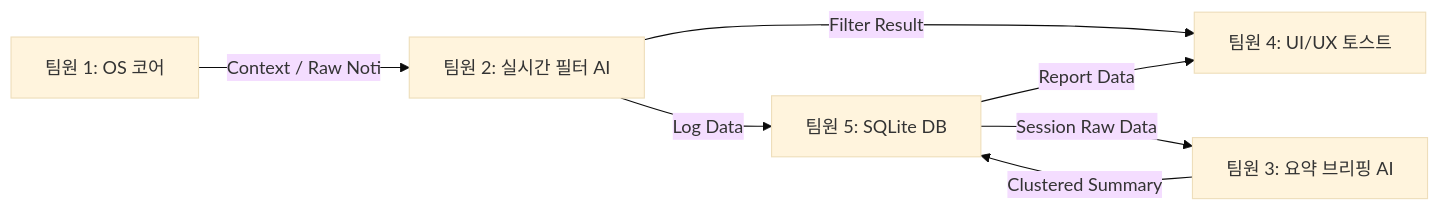
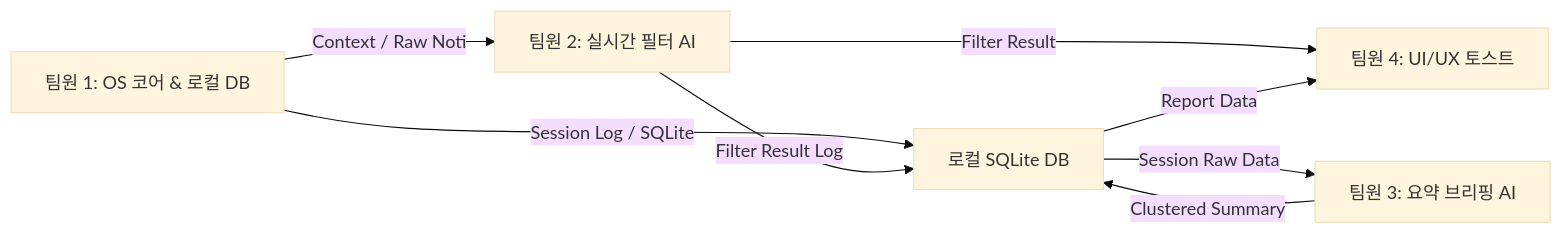
One commit to AIoish/ALTONG_client changed the second of 2 diagrams in README.md. Above: the diagram before and after it, drawn with Mermaid (base theme). The commit also changed other lines of this file and 17 other files, not shown here.

````diff
--- a/README.md
+++ b/README.md
@@ -232,9 +236,10 @@
 ```mermaid
 graph LR
-    M1[팀원 1: OS 코어] -->|Context / Raw Noti| M2[팀원 2: 실시간 필터 AI]
+    M1[팀원 1: OS 코어 & 로컬 DB] -->|Context / Raw Noti| M2[팀원 2: 실시간 필터 AI]
     M2 -->|Filter Result| M4[팀원 4: UI/UX 토스트]
-    M2 -->|Log Data| M5[팀원 5: SQLite DB]
+    M1 -->|Session Log / SQLite| M5[로컬 SQLite DB]
+    M2 -->|Filter Result Log| M5
     M5 -->|Session Raw Data| M3[팀원 3: 요약 브리핑 AI]
     M3 -->|Clustered Summary| M5
     M5 -->|Report Data| M4
 ```
````
